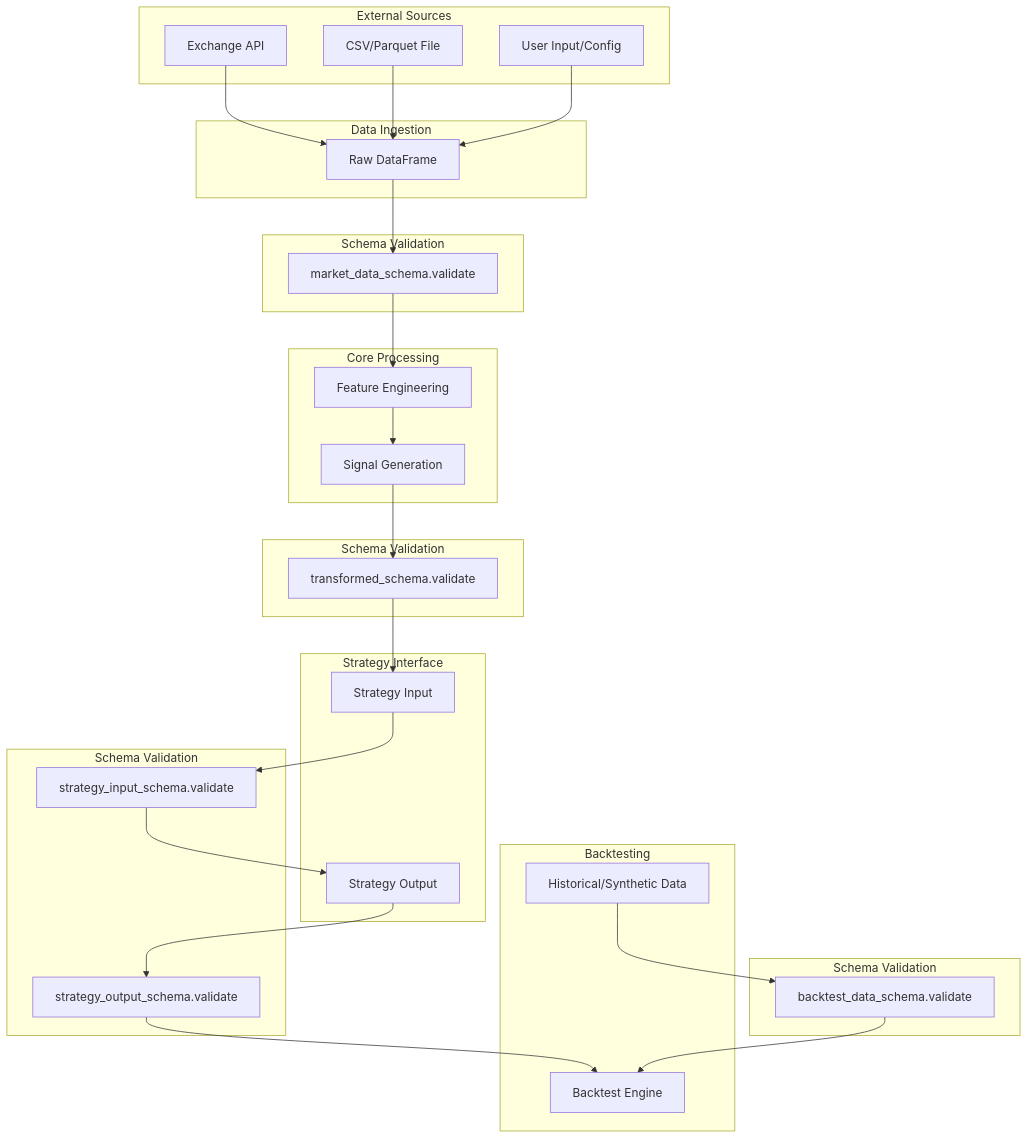
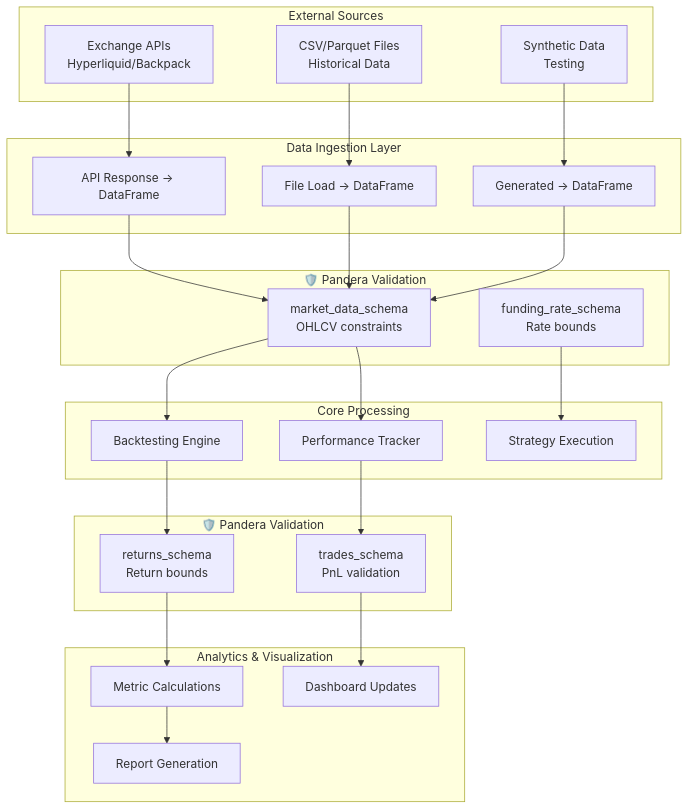
Before and after one commit to plataplomo/hummingbot: the diagram in workflow/pandera_integration_plan.md, drawn with Mermaid. The commit also changed other lines of this file and 101 other files, not shown here.

````diff
--- a/workflow/pandera_integration_plan.md
+++ b/workflow/pandera_integration_plan.md
@@ -27,51 +75,51 @@
 ```mermaid
 flowchart TD
     subgraph External[External Sources]
-        A1[Exchange API] 
-        A2[CSV/Parquet File]
-        A3[User Input/Config]
+        A1[Exchange APIs<br/>Hyperliquid/Backpack]
+        A2[CSV/Parquet Files<br/>Historical Data]
+        A3[Synthetic Data<br/>Testing]
     end
-    subgraph Ingestion[Data Ingestion]
-        B1[Raw DataFrame]
+    
+    subgraph Ingestion[Data Ingestion Layer]
+        B1[API Response → DataFrame]
+        B2[File Load → DataFrame]
+        B3[Generated → DataFrame]
     end
-    subgraph Validation1[Schema Validation]
-        C1[market_data_schema.validate]
+    
+    subgraph Validation1[🛡️ Pandera Validation]
+        C1[market_data_schema<br/>OHLCV constraints]
+        C2[funding_rate_schema<br/>Rate bounds]
     end
+    
     subgraph Core[Core Processing]
-        D1[Feature Engineering]
-        D2[Signal Generation]
+        D1[Backtesting Engine]
+        D2[Performance Tracker]
+        D3[Strategy Execution]
     end
-    subgraph Validation2[Schema Validation]
-        C2[transformed_schema.validate]
+    
+    subgraph Validation2[🛡️ Pandera Validation]
+        C3[returns_schema<br/>Return bounds]
+        C4[trades_schema<br/>PnL validation]
     end
-    subgraph Strategy[Strategy Interface]
-        E1[Strategy Input]
-        E2[Strategy Output]
+    
+    subgraph Analytics[Analytics & Visualization]
+        E1[Metric Calculations]
+        E2[Dashboard Updates]
+        E3[Report Generation]
     end
-    subgraph Validation3[Schema Validation]
-        C3[strategy_input_schema.validate]
-        C4[strategy_output_schema.validate]
-    end
-    subgraph Backtest[Backtesting]
-        F1[Historical/Synthetic Data]
-        F2[Backtest Engine]
-    end
-    subgraph Validation4[Schema Validation]
-        C5[backtest_data_schema.validate]
-    end
-
+    
     A1 --> B1
-    A2 --> B1
-    A3 --> B1
+    A2 --> B2
+    A3 --> B3
     B1 --> C1
+    B2 --> C1
+    B3 --> C1
     C1 --> D1
-    D1 --> D2
-    D2 --> C2
-    C2 --> E1
-    E1 --> C3
-    C3 --> E2
-    E2 --> C4
-    C4 --> F2
-    F1 --> C5
-    C5 --> F2
+    C1 --> D2
+    C2 --> D3
+    D1 --> C3
+    D2 --> C4
+    C3 --> E1
+    C4 --> E2
+    E1 --> E3
 ```
````
